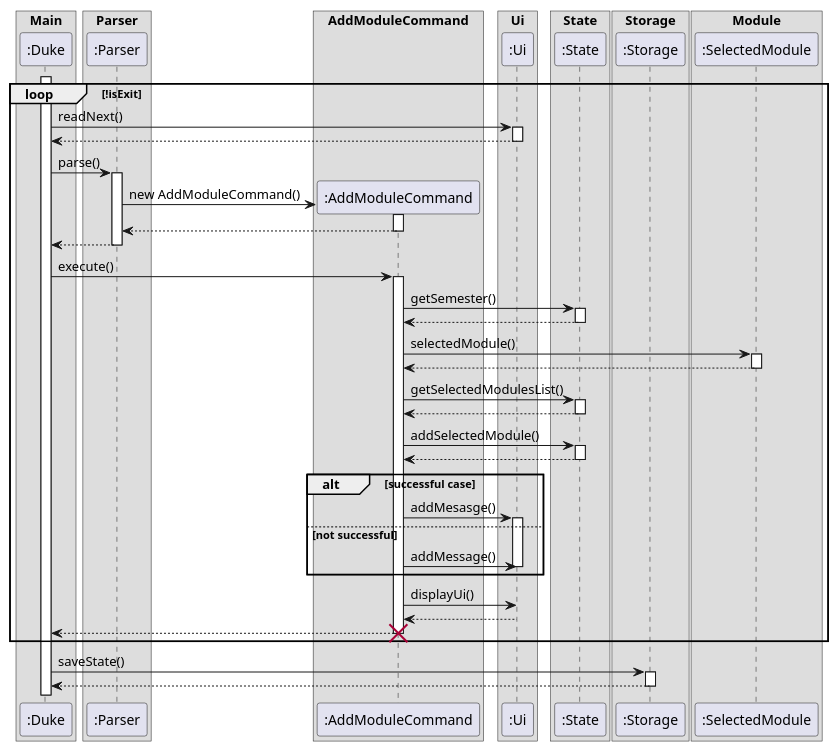
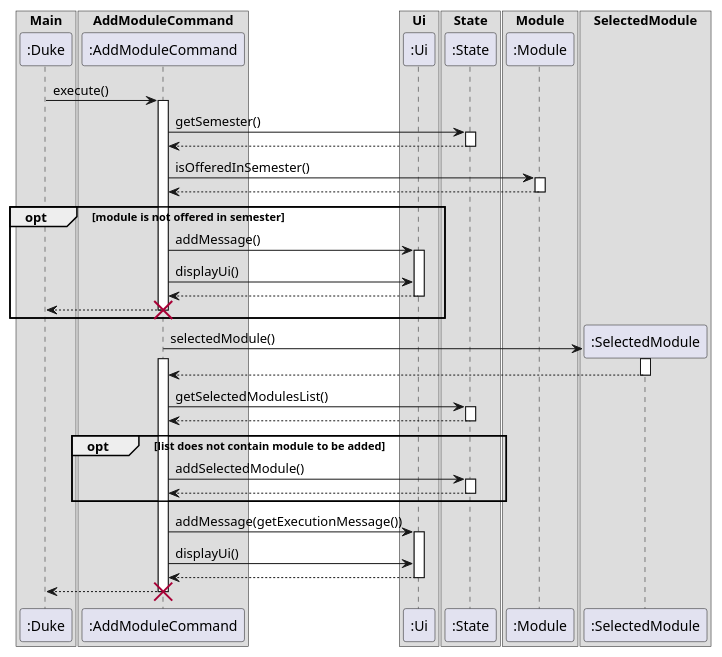
Before and after one commit to nus-cs2113-AY2223S1/tp: the diagram in docs/UMLdiagrams/AddModuleCommandSequenceDiagram.puml, drawn with PlantUML.

Commit message:
added addmodule sequence code

```diff
--- a/docs/UMLdiagrams/AddModuleCommandSequenceDiagram.puml
+++ b/docs/UMLdiagrams/AddModuleCommandSequenceDiagram.puml
@@ -1,83 +1,70 @@
 @startuml
 box Main
 Participant ":Duke" as Duke
-end box
-box Parser
-Participant ":Parser" as Parser
 end box
 box AddModuleCommand
 Participant ":AddModuleCommand" as AddModuleCommand
 end box
 box Ui
 Participant ":Ui" as Ui
 end box
 box State
 Participant ":State" as State
 end box
-box Storage
-Participant ":Storage" as Storage
+box Module
+Participant ":Module" as Module
 end box
-box Module
+box SelectedModule
 Participant ":SelectedModule" as SelectedModule
 end box
 
-
-activate Duke
-group loop [!isExit]
-Duke -> Ui : readNext()
-activate Ui
-Ui --> Duke
-deactivate Ui
-Duke -> Parser : parse()
-activate Parser
-create AddModuleCommand
-Parser -> AddModuleCommand : new AddModuleCommand()
-activate AddModuleCommand
-AddModuleCommand --> Parser
-deactivate AddModuleCommand
-Parser --> Duke
-deactivate Parser
 Duke -> AddModuleCommand : execute()
 activate AddModuleCommand
 AddModuleCommand -> State : getSemester()
 activate State
 State --> AddModuleCommand
 deactivate State
+AddModuleCommand -> Module :isOfferedInSemester()
+activate Module
+Module --> AddModuleCommand
+deactivate Module
+
+
+opt module is not offered in semester
+AddModuleCommand -> Ui: addMessage()
+activate Ui
+AddModuleCommand -> Ui: displayUi()
+Ui --> AddModuleCommand
+deactivate Ui
+AddModuleCommand --> Duke
+destroy AddModuleCommand
+end
+
+create SelectedModule
 AddModuleCommand -> SelectedModule : selectedModule()
+activate AddModuleCommand
 activate SelectedModule
 SelectedModule --> AddModuleCommand
 deactivate SelectedModule
 AddModuleCommand -> State : getSelectedModulesList()
 activate State
 State --> AddModuleCommand
 deactivate State
-AddModuleCommand -> State : addSelectedModule()
-activate State
-State --> AddModuleCommand
-deactivate State
 
-alt successful case
+opt list does not contain module to be added
+    AddModuleCommand -> State : addSelectedModule()
+    activate State
+    State --> AddModuleCommand
+    deactivate State
+end opt
 
-    AddModuleCommand -> Ui: addMesasge()
-    activate Ui
-
-else not successful
-
-    AddModuleCommand -> Ui: addMessage()
-    deactivate Ui
-end
-
+AddModuleCommand -> Ui :addMessage(getExecutionMessage())
+activate Ui
 AddModuleCommand -> Ui :displayUi()
 Ui --> AddModuleCommand :
+deactivate Ui
 
 AddModuleCommand --> Duke
-deactivate AddModuleCommand
 destroy AddModuleCommand
-end
-
-Duke -> Storage : saveState()
-activate Storage
-Storage --> Duke
-deactivate Storage
 
 @enduml
```
